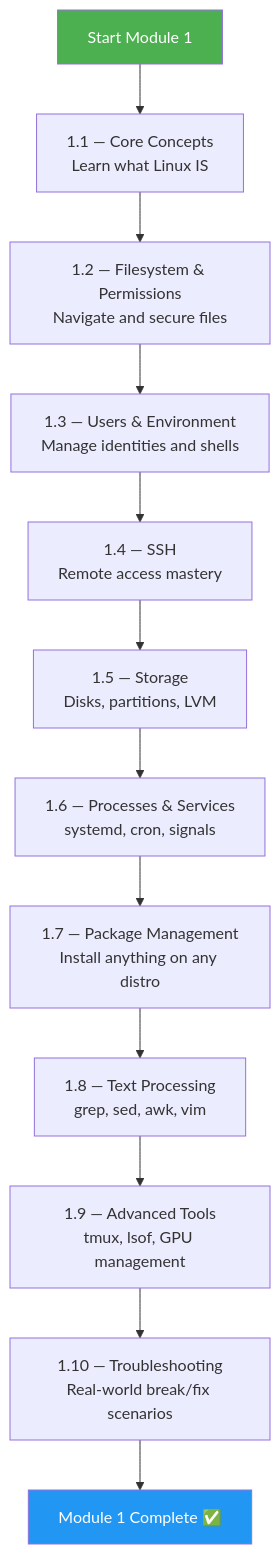
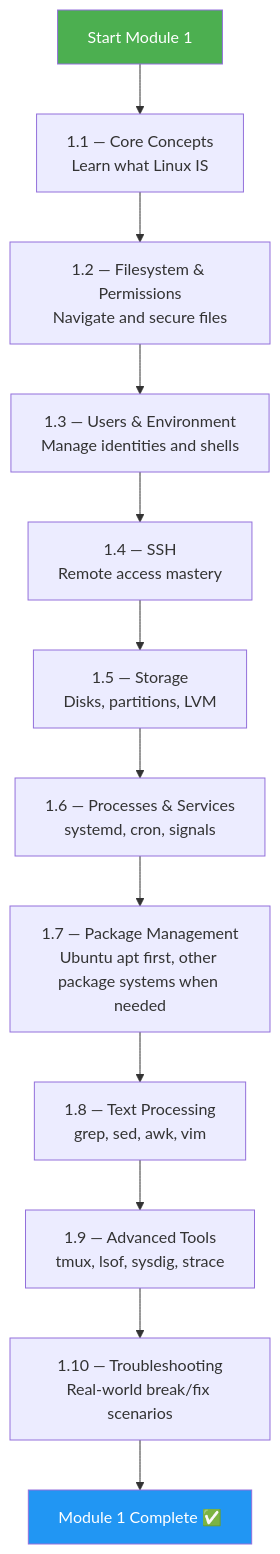
One commit to VidhyadharanSS/PlatformEngineeringNotes changed the second of 3 diagrams in 1-Linux/Module_1_Approach_Guide.md. Above: the diagram before and after it, drawn with Mermaid. The commit also changed other lines of this file and 120 other files, not shown here.

````diff
--- a/1-Linux/Module_1_Approach_Guide.md
+++ b/1-Linux/Module_1_Approach_Guide.md
@@ -83,17 +79,17 @@
 ```mermaid
 flowchart TD
     A[Start Module 1] --> B["1.1 — Core Concepts<br/>Learn what Linux IS"]
     B --> C["1.2 — Filesystem & Permissions<br/>Navigate and secure files"]
     C --> D["1.3 — Users & Environment<br/>Manage identities and shells"]
     D --> E["1.4 — SSH<br/>Remote access mastery"]
     E --> F["1.5 — Storage<br/>Disks, partitions, LVM"]
     F --> G["1.6 — Processes & Services<br/>systemd, cron, signals"]
-    G --> H["1.7 — Package Management<br/>Install anything on any distro"]
+    G --> H["1.7 — Package Management<br/>Ubuntu apt first, other package systems when needed"]
     H --> I["1.8 — Text Processing<br/>grep, sed, awk, vim"]
-    I --> J["1.9 — Advanced Tools<br/>tmux, lsof, GPU management"]
+    I --> J["1.9 — Advanced Tools<br/>tmux, lsof, sysdig, strace"]
     J --> K["1.10 — Troubleshooting<br/>Real-world break/fix scenarios"]
     K --> L[Module 1 Complete ✅]
 
     style A fill:#4CAF50,color:#fff
     style L fill:#2196F3,color:#fff
 ```
````
